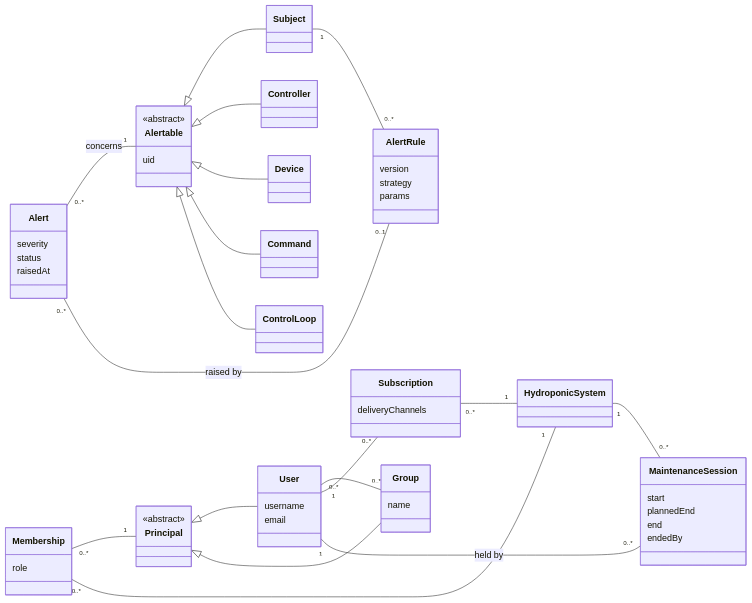
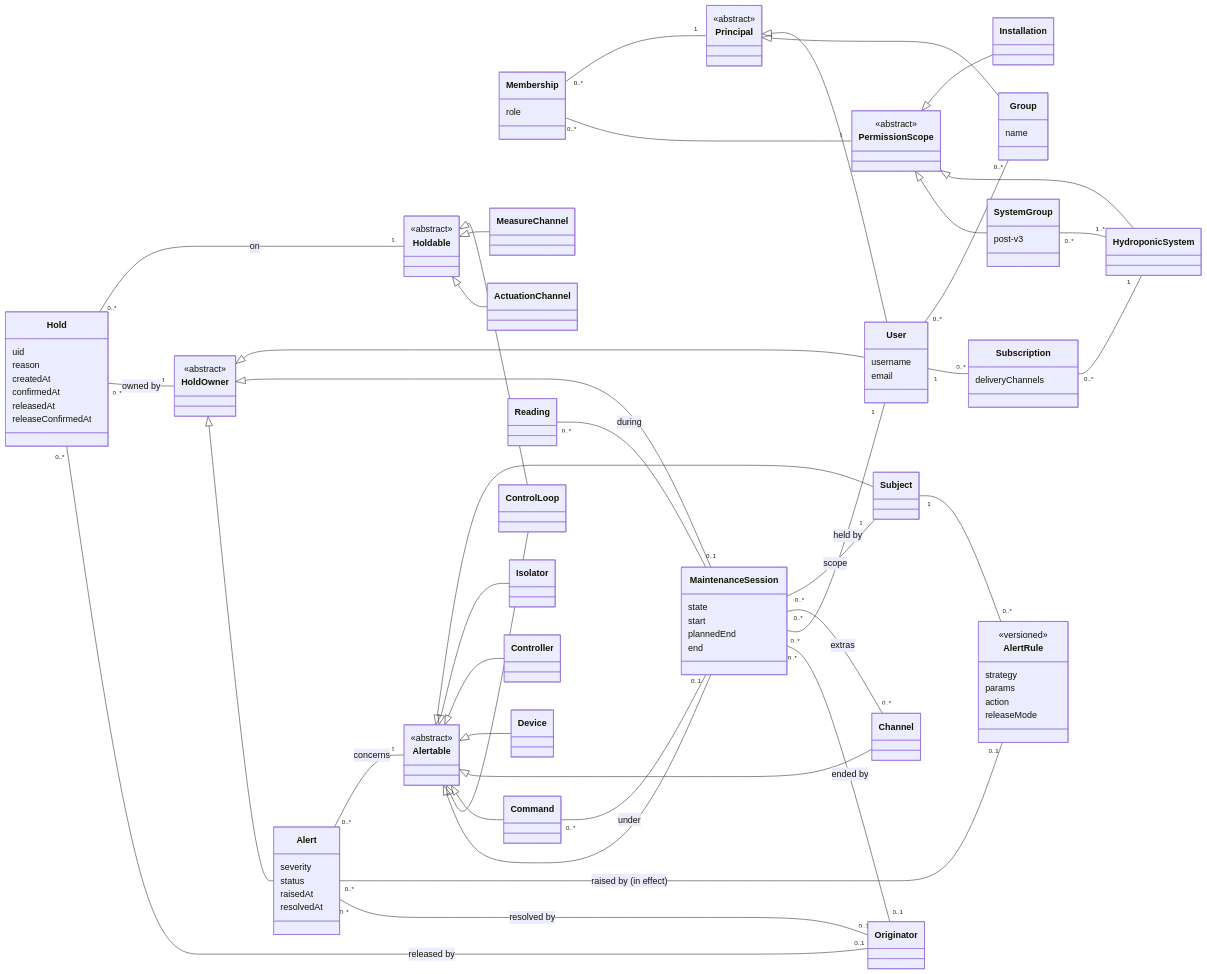
Before and after one commit to Aquapoly/Aquadash: the third of 5 diagrams in docs/v3.0.0/conceptual-model.md, drawn with Mermaid. The commit also changed other lines of this file and 1 other file, not shown here.

Commit message:
docs(3.0.0 conceptual model): draft version 0.3 of the conceptual model

````diff
--- a/docs/v3.0.0/conceptual-model.md
+++ b/docs/v3.0.0/conceptual-model.md
@@ -278,46 +358,91 @@
   class Membership {
     role
   }
+  class PermissionScope {
+    <<abstract>>
+  }
+  class Installation
+  class SystemGroup {
+    post-v3
+  }
   Principal <|-- User
   Principal <|-- Group
   User "0..*" -- "0..*" Group
   Membership "0..*" -- "1" Principal
-  Membership "0..*" -- "1" HydroponicSystem
+  Membership "0..*" -- "1" PermissionScope
+  PermissionScope <|-- Installation
+  PermissionScope <|-- HydroponicSystem
+  PermissionScope <|-- SystemGroup
+  SystemGroup "0..*" -- "1..*" HydroponicSystem
+
+  class Holdable {
+    <<abstract>>
+  }
+  class HoldOwner {
+    <<abstract>>
+  }
+  class Hold {
+    uid
+    reason
+    createdAt
+    confirmedAt
+    releasedAt
+    releaseConfirmedAt
+  }
+  Holdable <|-- ControlLoop
+  Holdable <|-- MeasureChannel
+  Holdable <|-- ActuationChannel
+  HoldOwner <|-- User
+  HoldOwner <|-- MaintenanceSession
+  HoldOwner <|-- Alert
+  Hold "0..*" -- "1" Holdable : on
+  Hold "0..*" -- "1" HoldOwner : owned by
+  Hold "0..*" -- "0..1" Originator : released by
 
   class MaintenanceSession {
+    state
     start
     plannedEnd
     end
-    endedBy
   }
-  HydroponicSystem "1" -- "0..*" MaintenanceSession
+  MaintenanceSession "0..*" -- "1" Subject : scope
+  MaintenanceSession "0..*" -- "0..*" Channel : extras
   MaintenanceSession "0..*" -- "1" User : held by
+  MaintenanceSession "0..*" -- "0..1" Originator : ended by
+  Command "0..*" -- "0..1" MaintenanceSession : under
+  Reading "0..*" -- "0..1" MaintenanceSession : during
 
   class Alertable {
     <<abstract>>
-    uid
   }
   class AlertRule {
-    version
+    <<versioned>>
     strategy
     params
+    action
+    releaseMode
   }
   class Alert {
     severity
     status
     raisedAt
+    resolvedAt
   }
   class Subscription {
     deliveryChannels
   }
   Alertable <|-- Subject
+  Alertable <|-- Isolator
   Alertable <|-- Controller
   Alertable <|-- Device
+  Alertable <|-- Channel
   Alertable <|-- Command
   Alertable <|-- ControlLoop
+  Alertable <|-- MaintenanceSession
   Subject "1" -- "0..*" AlertRule
   Alert "0..*" -- "1" Alertable : concerns
-  Alert "0..*" -- "0..1" AlertRule : raised by
+  Alert "0..*" -- "0..1" AlertRule : raised by (in effect)
+  Alert "0..*" -- "0..1" Originator : resolved by
   User "1" -- "0..*" Subscription
   Subscription "0..*" -- "1" HydroponicSystem
 ```
````
